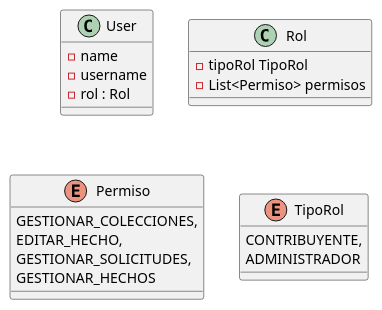
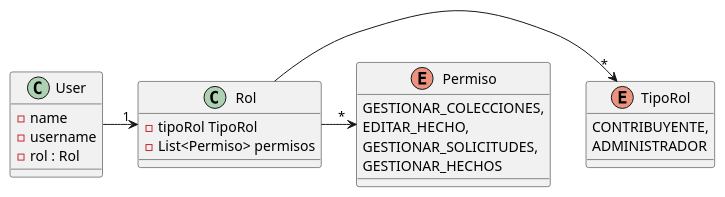
The diagram in src/main/java/com/metamapa/userManager/authManager/authManager.puml (Leo-de-Riv3r/auth-manager), drawn with PlantUML before and after one commit.

Commit message:
agrego authManager con pom.xml

```diff
--- a/src/main/java/com/metamapa/userManager/authManager/authManager.puml
+++ b/src/main/java/com/metamapa/userManager/authManager/authManager.puml
@@ -1,24 +1,29 @@
 @startuml
 class User {
   -name
   -username
   -rol : Rol
 }
 
 class Rol {
   -tipoRol TipoRol
   -List<Permiso> permisos
 }
 
 enum Permiso {
   GESTIONAR_COLECCIONES,
     EDITAR_HECHO,
     GESTIONAR_SOLICITUDES,
     GESTIONAR_HECHOS
 }
 
 enum TipoRol {
   CONTRIBUYENTE,
   ADMINISTRADOR
 }
+
+User -> "1" Rol
+
+Rol -> " * "TipoRol
+Rol -> " * "Permiso
 @enduml
```
